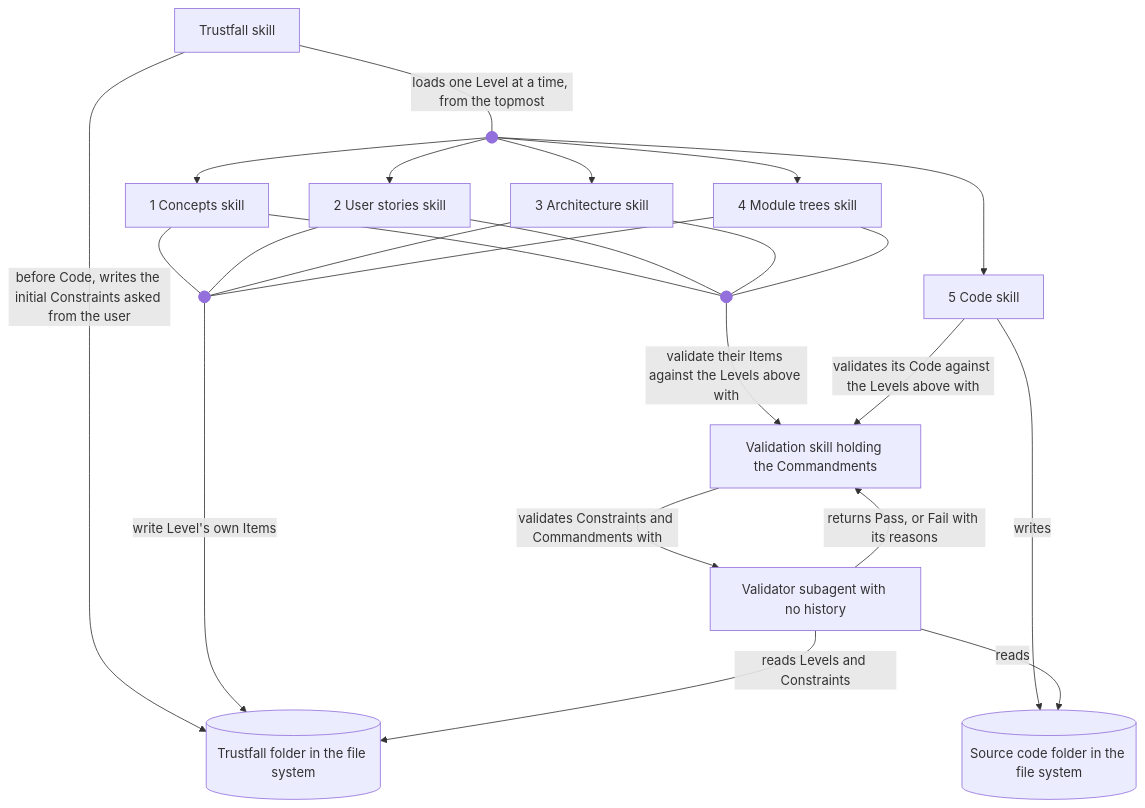
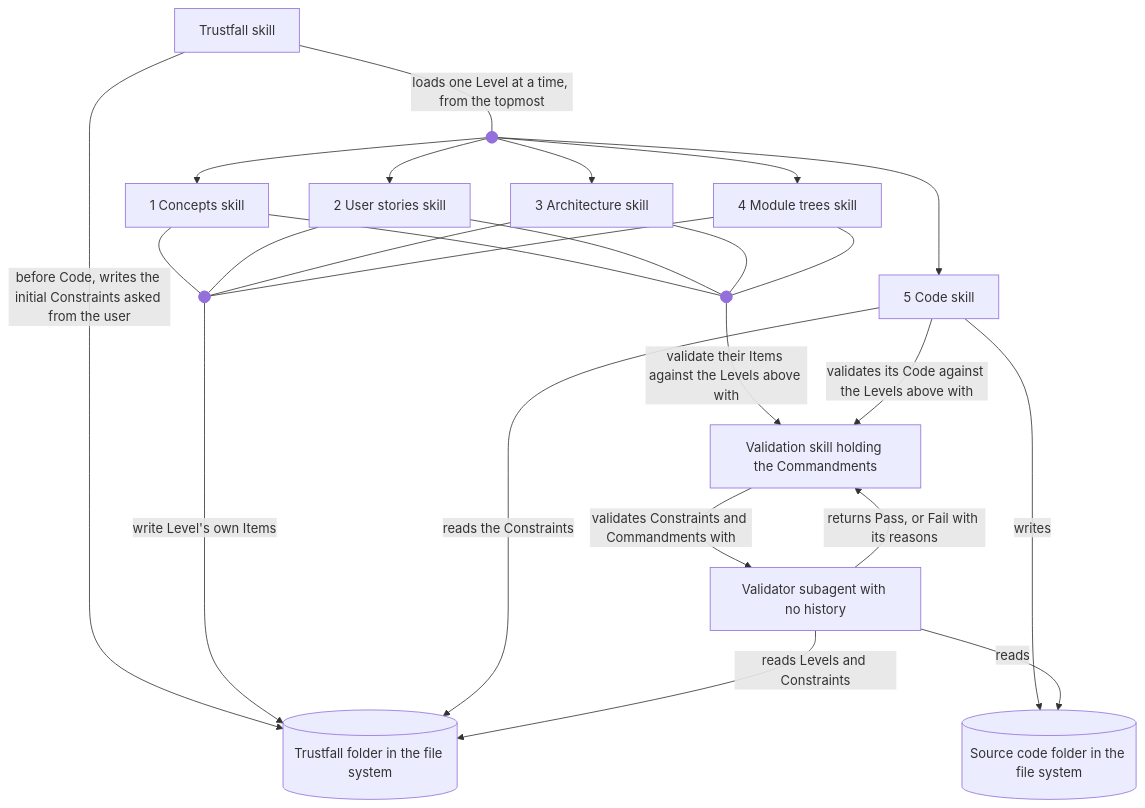
The diagram in trustfall/3-architecture.md (jehna/trustfall), drawn with Mermaid before and after one commit. The commit also changed 2 other files, not shown here.

Commit message:
Level 4 approved, S13 simplicity, Code reads Constraints

````diff
--- a/trustfall/3-architecture.md
+++ b/trustfall/3-architecture.md
@@ -3,29 +3,30 @@
 ```mermaid
 flowchart TD
   trustfall[Trustfall skill]
   load@{ shape: f-circ }
   concepts[1 Concepts skill]
   stories[2 User stories skill]
   architecture[3 Architecture skill]
   modules[4 Module trees skill]
   code[5 Code skill]
   write@{ shape: f-circ }
   check@{ shape: f-circ }
   validation[Validation skill holding the Commandments]
   levels[(Trustfall folder in the file system)]
   source[(Source code folder in the file system)]
   subagent[Validator subagent with no history]
   trustfall -- loads one Level at a time, from the topmost --- load
   load --> concepts & stories & architecture & modules & code
   trustfall -- before Code, writes the initial Constraints asked from the user --> levels
   concepts & stories & architecture & modules --- write
   write -- write Level's own Items --> levels
+  code -- reads the Constraints --> levels
   code -- writes --> source
   concepts & stories & architecture & modules --- check
   check -- validate their Items against the Levels above with --> validation
   code -- validates its Code against the Levels above with --> validation
   validation -- validates Constraints and Commandments with --> subagent
   subagent -- reads Levels and Constraints --> levels
   subagent -- reads --> source
   subagent -- returns Pass, or Fail with its reasons --> validation
 ```
````
